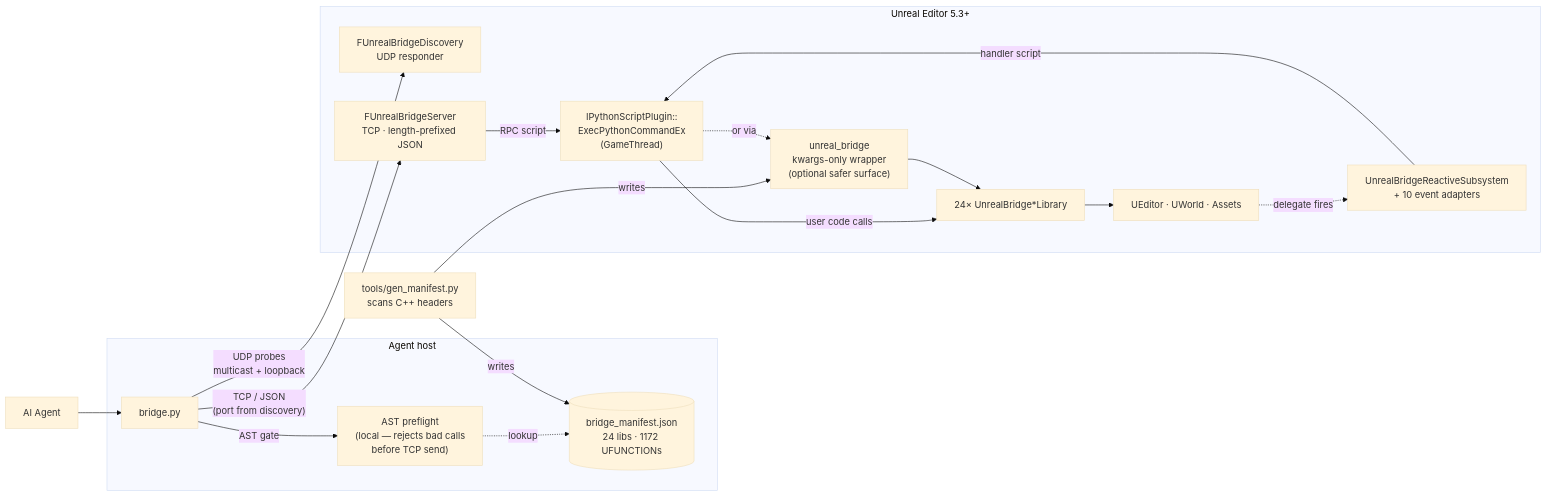
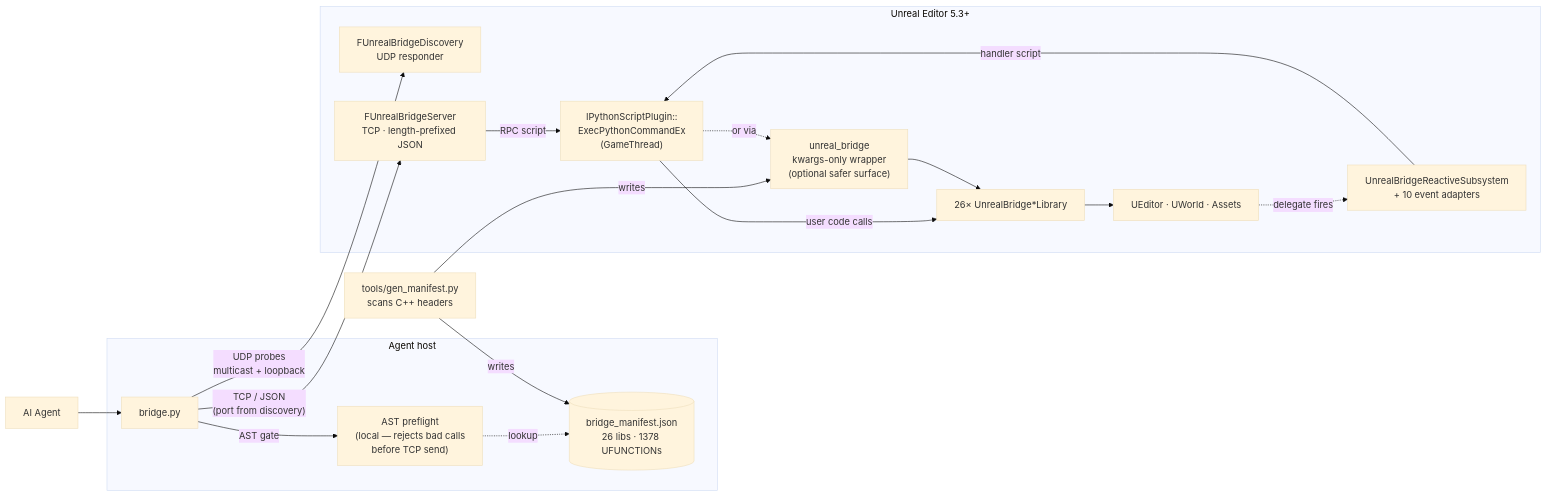
Before and after one commit to Tommy1213888/UnrealBridge: the diagram in README.md, drawn with Mermaid (base theme). The commit also changed other lines of this file and 20 other files, not shown here.

````diff
--- a/README.md
+++ b/README.md
@@ -41,40 +43,40 @@
 ```mermaid
 flowchart LR
     Agent["AI Agent"]
 
     subgraph Host["Agent host"]
       CLI["bridge.py"]
       Pre["AST preflight<br/>(local — rejects bad calls<br/>before TCP send)"]
-      Mani[("bridge_manifest.json<br/>24 libs · 1172 UFUNCTIONs")]
+      Mani[("bridge_manifest.json<br/>26 libs · 1378 UFUNCTIONs")]
     end
 
     Gen["tools/gen_manifest.py<br/>scans C++ headers"]
 
     subgraph UE["Unreal Editor 5.3+"]
       Disc["FUnrealBridgeDiscovery<br/>UDP responder"]
       Server["FUnrealBridgeServer<br/>TCP · length-prefixed JSON"]
       Reactive["UnrealBridgeReactiveSubsystem<br/>+ 10 event adapters"]
       Exec["IPythonScriptPlugin::<br/>ExecPythonCommandEx<br/>(GameThread)"]
       Wrap["unreal_bridge<br/>kwargs-only wrapper<br/>(optional safer surface)"]
-      Libs["24× UnrealBridge*Library"]
+      Libs["26× UnrealBridge*Library"]
       Engine["UEditor · UWorld · Assets"]
     end
 
     Agent --> CLI
     CLI -- "AST gate" --> Pre
     Pre -. "lookup" .-> Mani
 
     Gen -- "writes" --> Mani
     Gen -- "writes" --> Wrap
 
     CLI -- "UDP probes<br/>multicast + loopback" --> Disc
     CLI -- "TCP / JSON<br/>(port from discovery)" --> Server
     Server -- "RPC script" --> Exec
     Engine -. "delegate fires" .-> Reactive
     Reactive -- "handler script" --> Exec
 
     Exec -- "user code calls" --> Libs
     Exec -. "or via" .-> Wrap
     Wrap --> Libs
     Libs --> Engine
 ```
````
